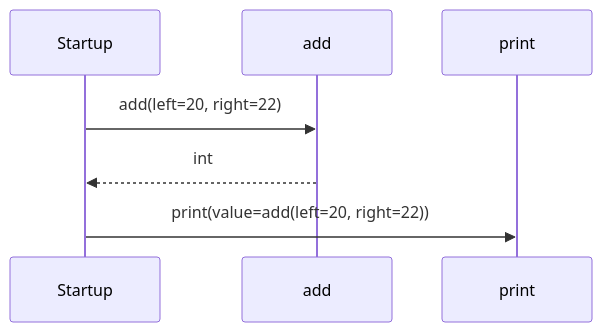
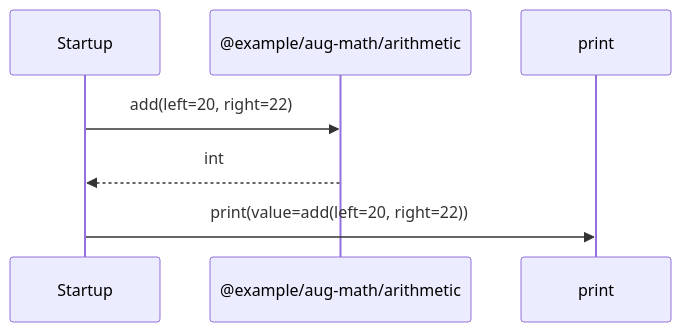
One commit to GreenPandaStudios/augscript changed the second of 2 diagrams in docs/examples/packages-app/main-diagrams.md. Above: the diagram before and after it, drawn with Mermaid. The commit also changed 200 other files, not shown here.

Commit message:
Group imported operations and wrap readable sequence messages

````diff
--- a/docs/examples/packages-app/main-diagrams.md
+++ b/docs/examples/packages-app/main-diagrams.md
@@ -39,9 +39,9 @@
 ```mermaid
 sequenceDiagram
     participant p0 as Startup
-    participant p1 as add
+    participant p1 as @example/aug-math/arithmetic
     participant p2 as print
     p0->>p1: add(left=20, right=22)
     p1-->>p0: int
     p0->>p2: print(value=add(left=20, right=22))
 ```
````
